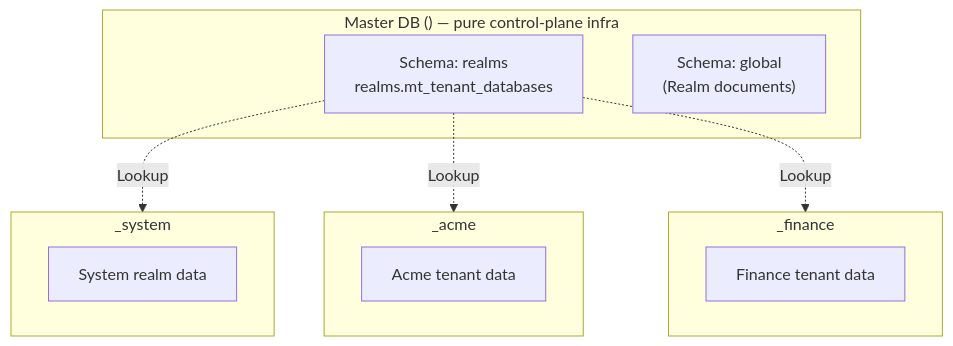
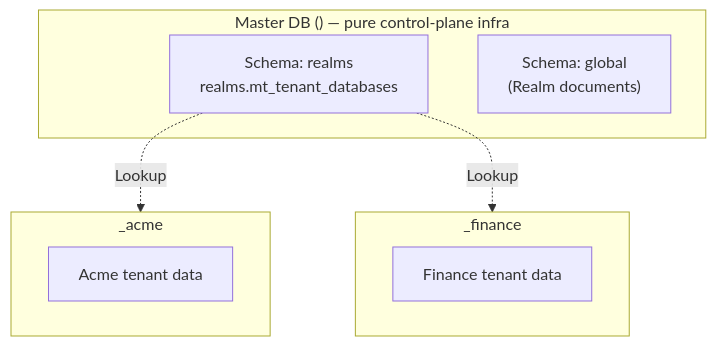
One commit to cocoar-dev/modgud changed the diagram in docs/operate/realms.md. Above: the diagram before and after it, drawn with Mermaid. The commit also changed other lines of this file and 71 other files, not shown here.

````diff
--- a/docs/operate/realms.md
+++ b/docs/operate/realms.md
@@ -106,23 +106,18 @@
 ```mermaid
 graph TD
     subgraph Master["Master DB (<master-db>) — pure control-plane infra"]
         Tenancy["Schema: realms<br/>realms.mt_tenant_databases"]
         GlobalSchema["Schema: global<br/>(Realm documents)"]
-    end
-
-    subgraph System["<master-db>_system"]
-        SystemData["System realm data"]
     end
 
     subgraph Acme["<master-db>_acme"]
         AcmeData["Acme tenant data"]
     end
 
     subgraph Finance["<master-db>_finance"]
         FinanceData["Finance tenant data"]
     end
 
-    Tenancy -.->|Lookup| System
     Tenancy -.->|Lookup| Acme
     Tenancy -.->|Lookup| Finance
 ```
````
